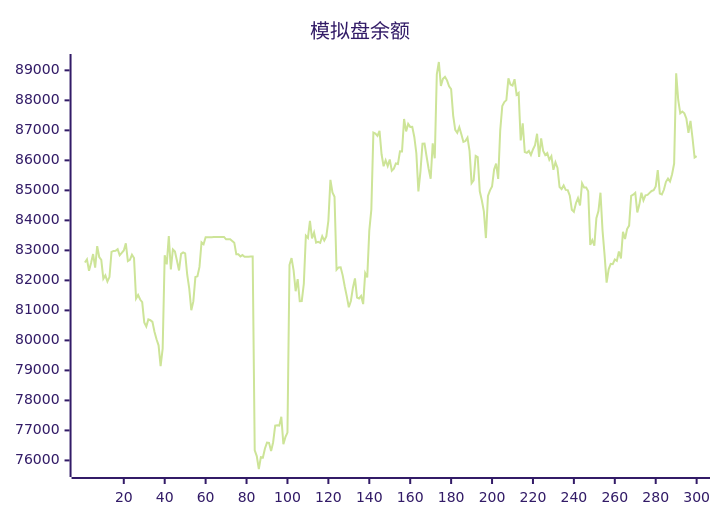
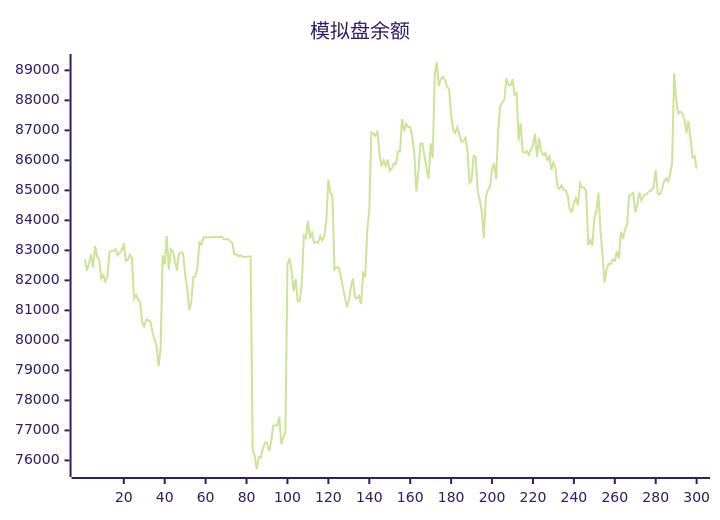
Before and after one commit to aahl/ai-trading: the diagram in README.md, drawn with Mermaid (forest theme). The commit also changed other lines of this file and 1 other file, not shown here.

````diff
--- a/README.md
+++ b/README.md
@@ -5,5 +5,5 @@
 ```mermaid
 xychart
     title "模拟盘余额"
-    line [82598,82702,82320,82580,82878,82426,83139,82778,82686,82056,82166,81963,82110,82951,82983,82984,83038,82838,82915,82998,83235,82642,82682,82858,82746,81396,81512,81362,81277,80600,80461,80699,80673,80616,80288,80038,79836,79142,79722,82837,82533,83480,82366,83032,82960,82654,82330,82883,82934,82901,82188,81728,81005,81298,82110,82135,82449,83264,83203,83440,83439,83440,83440,83446,83447,83448,83447,83448,83449,83369,83369,83369,83313,83256,82872,82873,82801,82844,82785,82791,82791,82793,82794,76339,76145,75714,76110,76096,76397,76594,76585,76310,76607,77160,77170,77160,77456,76541,76774,76927,82520,82744,82337,81639,82040,81307,81314,81887,83490,83414,83984,83396,83594,83261,83287,83253,83470,83327,83465,83987,85348,84930,84786,82355,82433,82438,82167,81795,81466,81105,81315,81756,82064,81426,81398,81481,81210,82242,82099,83658,84359,86925,86892,86814,86980,86203,85802,86003,85811,86028,85657,85721,85896,85880,86300,86299,87378,86965,87214,87115,87118,86780,86238,84966,85623,86555,86562,86129,85722,85387,86569,86070,88870,89278,88477,88720,88781,88668,88467,88372,87493,87018,86917,87102,86870,86613,86644,86758,86317,85242,85334,86149,86106,84968,84671,84302,83410,84816,85001,85127,85693,85891,85384,87001,87811,87945,88007,88734,88528,88495,88705,88189,88248,86662,87234,86279,86251,86314,86177,86364,86503,86886,86114,86731,86310,86176,86240,86017,86136,85685,85938,85749,85111,85044,85164,85016,85008,84824,84354,84287,84572,84745,84500,85234,85096,85095,84970,83180,83338,83157,84070,84309,84922,83667,82850,81924,82369,82552,82539,82695,82648,82962,82728,83619,83378,83710,83825,84819,84854,84917,84265,84527,84919,84668,84834,84850,84916,84981,85004,85131,85674,84891,84864,85019,85284,85393,85294,85538,85894,88904,88012,87567,87625,87568,87386,86920,87313,86737,86094,86143]
+    line [82702,82320,82580,82878,82426,83139,82778,82686,82056,82166,81963,82110,82951,82983,82984,83038,82838,82915,82998,83235,82642,82682,82858,82746,81396,81512,81362,81277,80600,80461,80699,80673,80616,80288,80038,79836,79142,79722,82837,82533,83480,82366,83032,82960,82654,82330,82883,82934,82901,82188,81728,81005,81298,82110,82135,82449,83264,83203,83440,83439,83440,83440,83446,83447,83448,83447,83448,83449,83369,83369,83369,83313,83256,82872,82873,82801,82844,82785,82791,82791,82793,82794,76339,76145,75714,76110,76096,76397,76594,76585,76310,76607,77160,77170,77160,77456,76541,76774,76927,82520,82744,82337,81639,82040,81307,81314,81887,83490,83414,83984,83396,83594,83261,83287,83253,83470,83327,83465,83987,85348,84930,84786,82355,82433,82438,82167,81795,81466,81105,81315,81756,82064,81426,81398,81481,81210,82242,82099,83658,84359,86925,86892,86814,86980,86203,85802,86003,85811,86028,85657,85721,85896,85880,86300,86299,87378,86965,87214,87115,87118,86780,86238,84966,85623,86555,86562,86129,85722,85387,86569,86070,88870,89278,88477,88720,88781,88668,88467,88372,87493,87018,86917,87102,86870,86613,86644,86758,86317,85242,85334,86149,86106,84968,84671,84302,83410,84816,85001,85127,85693,85891,85384,87001,87811,87945,88007,88734,88528,88495,88705,88189,88248,86662,87234,86279,86251,86314,86177,86364,86503,86886,86114,86731,86310,86176,86240,86017,86136,85685,85938,85749,85111,85044,85164,85016,85008,84824,84354,84287,84572,84745,84500,85234,85096,85095,84970,83180,83338,83157,84070,84309,84922,83667,82850,81924,82369,82552,82539,82695,82648,82962,82728,83619,83378,83710,83825,84819,84854,84917,84265,84527,84919,84668,84834,84850,84916,84981,85004,85131,85674,84891,84864,85019,85284,85393,85294,85538,85894,88904,88012,87567,87625,87568,87386,86920,87313,86737,86094,86143,85725]
 ```
````
